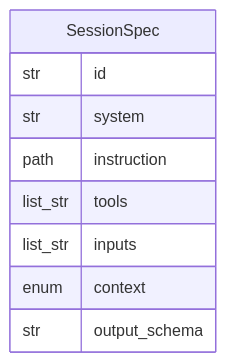
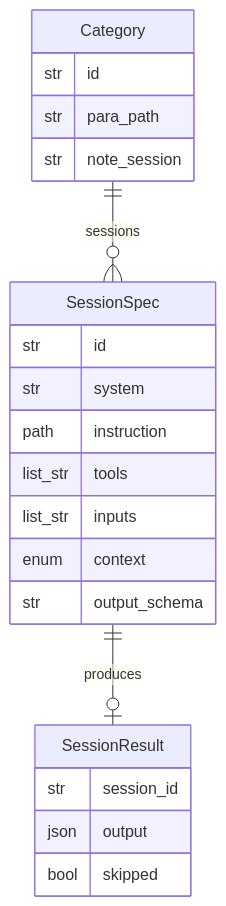
The diagram in specs/010-category-sessions/data-model.md (zskreisz01/pkpipe), drawn with Mermaid before and after one commit. The commit also changed other lines of this file and 39 other files, not shown here.

First line of the commit message:
test(sessions): unit, integration and e2e tests, fakes, docs and spec status (T004 T007 T008 T009)

````diff
--- a/specs/010-category-sessions/data-model.md
+++ b/specs/010-category-sessions/data-model.md
@@ -31,12 +43,24 @@
 ```mermaid
 erDiagram
     SessionSpec {
         str id
         str system
         path instruction
         list_str tools
         list_str inputs
         enum context
         str output_schema
     }
+    Category ||--o{ SessionSpec : sessions
+    Category {
+        str id
+        str para_path
+        str note_session
+    }
+    SessionSpec ||--o| SessionResult : produces
+    SessionResult {
+        str session_id
+        json output
+        bool skipped
+    }
 ```
````
